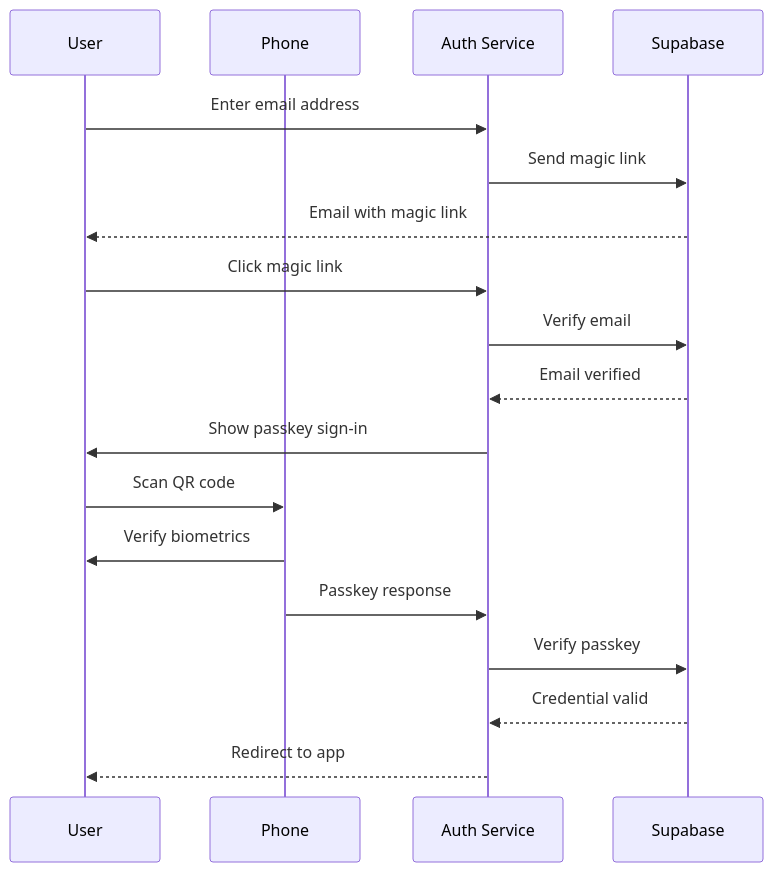
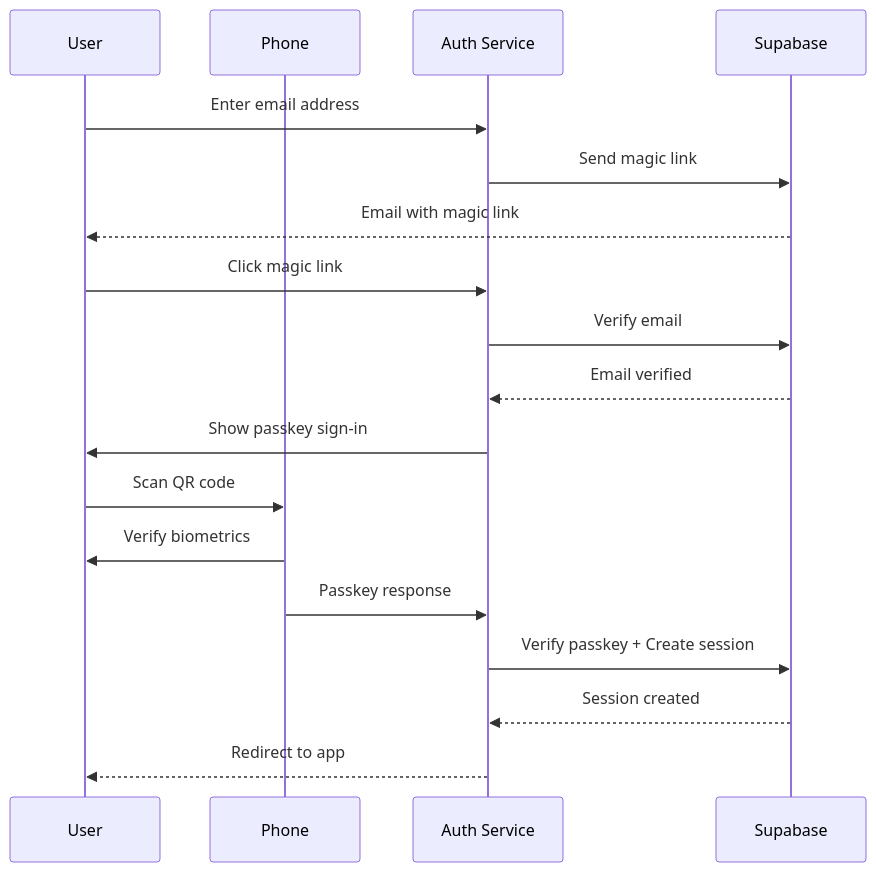
The second of 2 diagrams in README.md (CasparRubin/helvety-auth), drawn with Mermaid before and after one commit. The commit also changed other lines of this file and 5 other files, not shown here.

````diff
--- a/README.md
+++ b/README.md
@@ -61,21 +61,21 @@
 ```mermaid
 sequenceDiagram
     participant U as User
     participant P as Phone
     participant A as Auth Service
     participant S as Supabase
 
     U->>A: Enter email address
     A->>S: Send magic link
     S-->>U: Email with magic link
     U->>A: Click magic link
     A->>S: Verify email
     S-->>A: Email verified
     A->>U: Show passkey sign-in
     U->>P: Scan QR code
     P->>U: Verify biometrics
     P->>A: Passkey response
-    A->>S: Verify passkey
-    S-->>A: Credential valid
+    A->>S: Verify passkey + Create session
+    S-->>A: Session created
     A-->>U: Redirect to app
 ```
````
